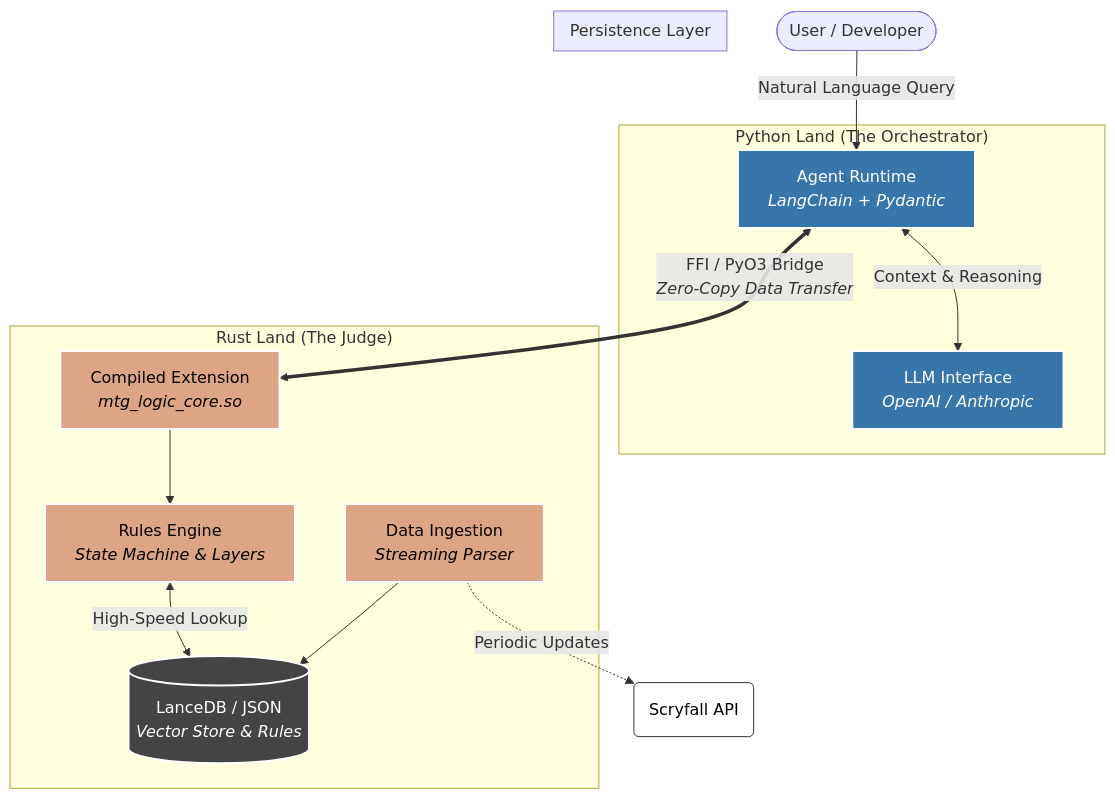
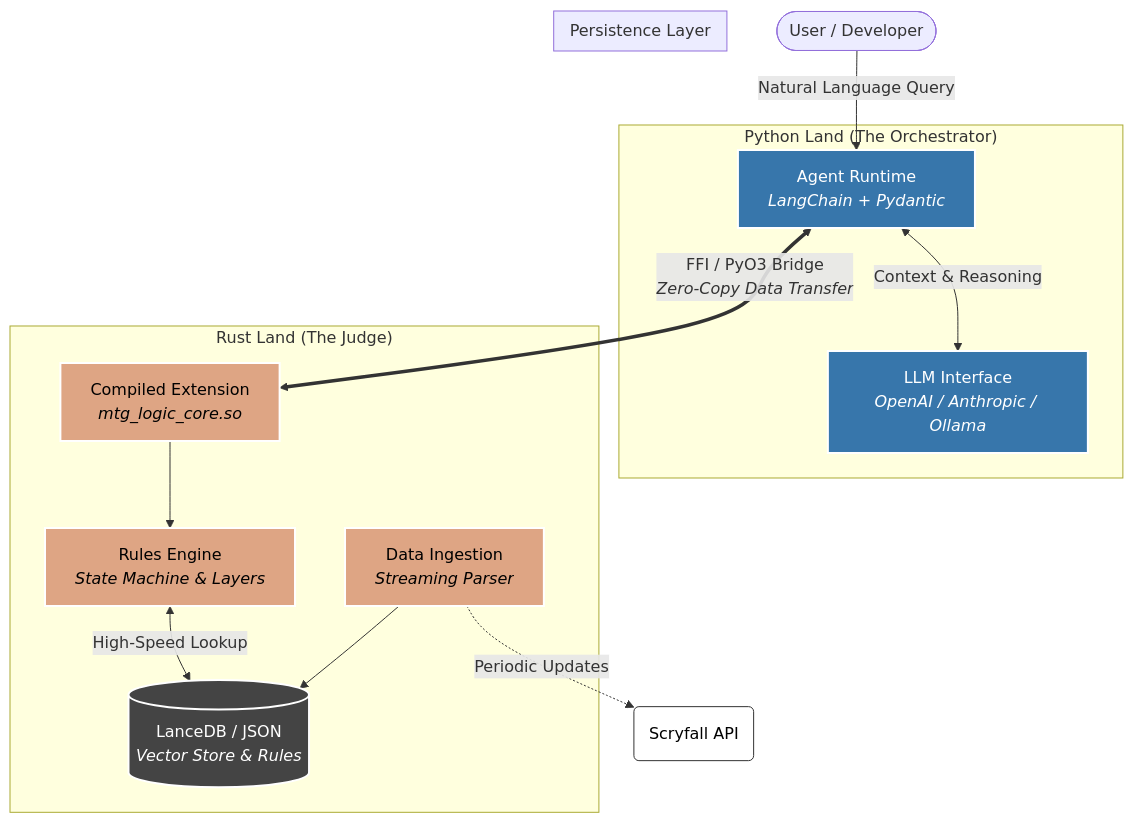
The diagram in README.md (elitegoliath/blind_eternities), drawn with Mermaid before and after one commit. The commit also changed other lines of this file and 15 other files, not shown here.

````diff
--- a/README.md
+++ b/README.md
@@ -9,35 +13,35 @@
 ```mermaid
     graph TD
     %% Styling Definitions
     classDef python fill:#3776ab,stroke:#fff,stroke-width:2px,color:#fff;
     classDef rust fill:#dea584,stroke:#fff,stroke-width:2px,color:#000;
     classDef data fill:#444,stroke:#fff,stroke-width:2px,color:#fff;
     classDef user fill:#fff,stroke:#333,stroke-width:1px,color:#000;
 
     user([User / Developer]) -->|Natural Language Query| Agent
-    
+
     subgraph "Python Land (The Orchestrator)"
         Agent[Agent Runtime<br/><i>LangChain + Pydantic</i>]:::python
-        LLM[LLM Interface<br/><i>OpenAI / Anthropic</i>]:::python
+        LLM[LLM Interface<br/><i>OpenAI / Anthropic / Ollama</i>]:::python
         Agent <-->|Context & Reasoning| LLM
     end
 
     Agent <==>|FFI / PyO3 Bridge<br/><i>Zero-Copy Data Transfer</i>| Core
-    
+
     subgraph "Rust Land (The Judge)"
         Core[Compiled Extension<br/><i>mtg_logic_core.so</i>]:::rust
         Rules[Rules Engine<br/><i>State Machine & Layers</i>]:::rust
         Ingest[Data Ingestion<br/><i>Streaming Parser</i>]:::rust
-        
+
         Core --> Rules
         Ingest --> DB
     end
 
     subgraph "Persistence Layer"
         DB[(LanceDB / JSON<br/><i>Vector Store & Rules</i>)]:::data
         Rules <-->|High-Speed Lookup| DB
     end
 
     %% Legend / Connectors
     Ingest -.->|Periodic Updates| Scryfall(Scryfall API):::user
 ```
````
